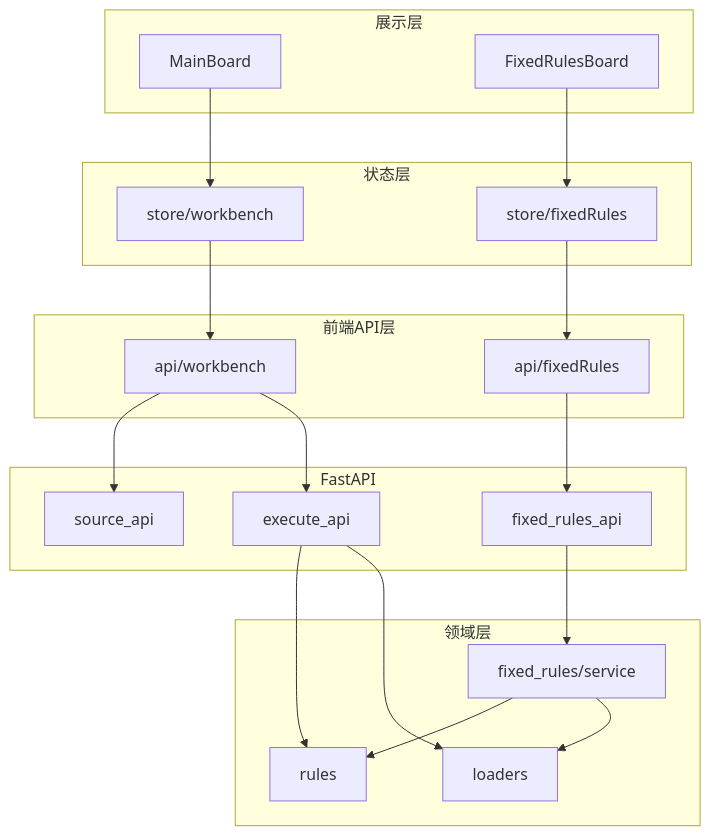
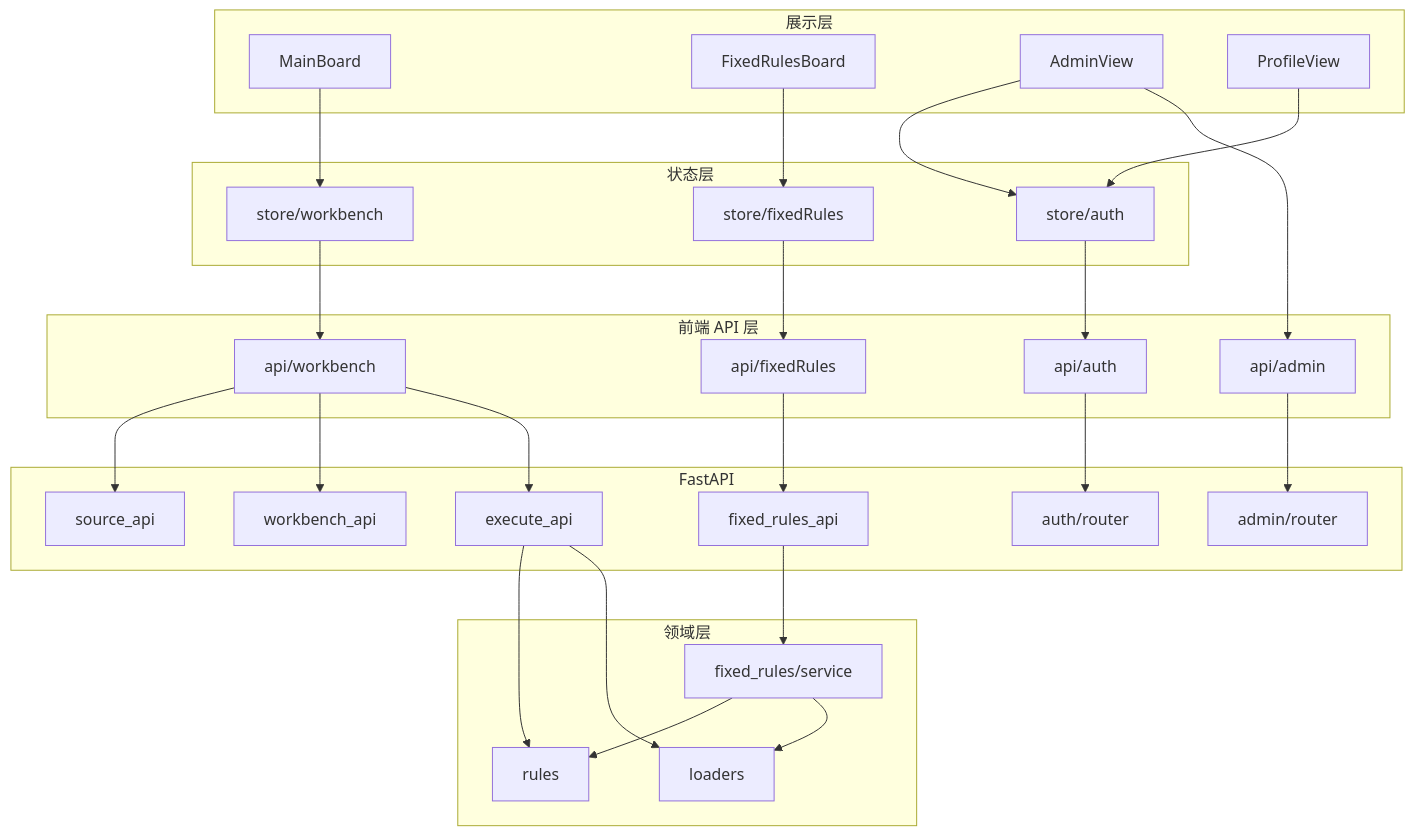
Before and after one commit to 1509498695/excel-check: the diagram in docs/MODULES.md, drawn with Mermaid. The commit also changed other lines of this file and 4 other files, not shown here.

First line of the commit message:
docs: 精简 README/CHANGELOG/frontend README 与 MODULES，新建 docs/ARCHITECTURE.md

````diff
--- a/docs/MODULES.md
+++ b/docs/MODULES.md
@@ -120,37 +130,56 @@
 ```mermaid
 flowchart TB
   subgraph ui [展示层]
-    MainBoard[MainBoard]
-    FixedRulesBoard[FixedRulesBoard]
+    MainBoard
+    FixedRulesBoard
+    AdminView
+    ProfileView
   end
   subgraph state [状态层]
+    AuthStore[store/auth]
     WBStore[store/workbench]
     FRStore[store/fixedRules]
   end
-  subgraph apiClient [前端API层]
+  subgraph apiClient [前端 API 层]
+    AuthApi[api/auth]
+    AdminApi[api/admin]
     WBApi[api/workbench]
     FRApi[api/fixedRules]
   end
   subgraph http [FastAPI]
+    AuthRouter[auth/router]
+    AdminRouter[admin/router]
     SourceAPI[source_api]
+    WorkbenchAPI[workbench_api]
     ExecuteAPI[execute_api]
     FixedAPI[fixed_rules_api]
   end
   subgraph domain [领域层]
     Loaders[loaders]
     Rules[rules]
     FRService[fixed_rules/service]
   end
+
   MainBoard --> WBStore
   FixedRulesBoard --> FRStore
+  AdminView --> AuthStore
+  ProfileView --> AuthStore
+
+  AuthStore --> AuthApi
   WBStore --> WBApi
   FRStore --> FRApi
+  AdminView --> AdminApi
+
+  AuthApi --> AuthRouter
+  AdminApi --> AdminRouter
   WBApi --> SourceAPI
+  WBApi --> WorkbenchAPI
   WBApi --> ExecuteAPI
   FRApi --> FixedAPI
+
   ExecuteAPI --> Rules
   ExecuteAPI --> Loaders
   FixedAPI --> FRService
   FRService --> Rules
   FRService --> Loaders
 ```
````
